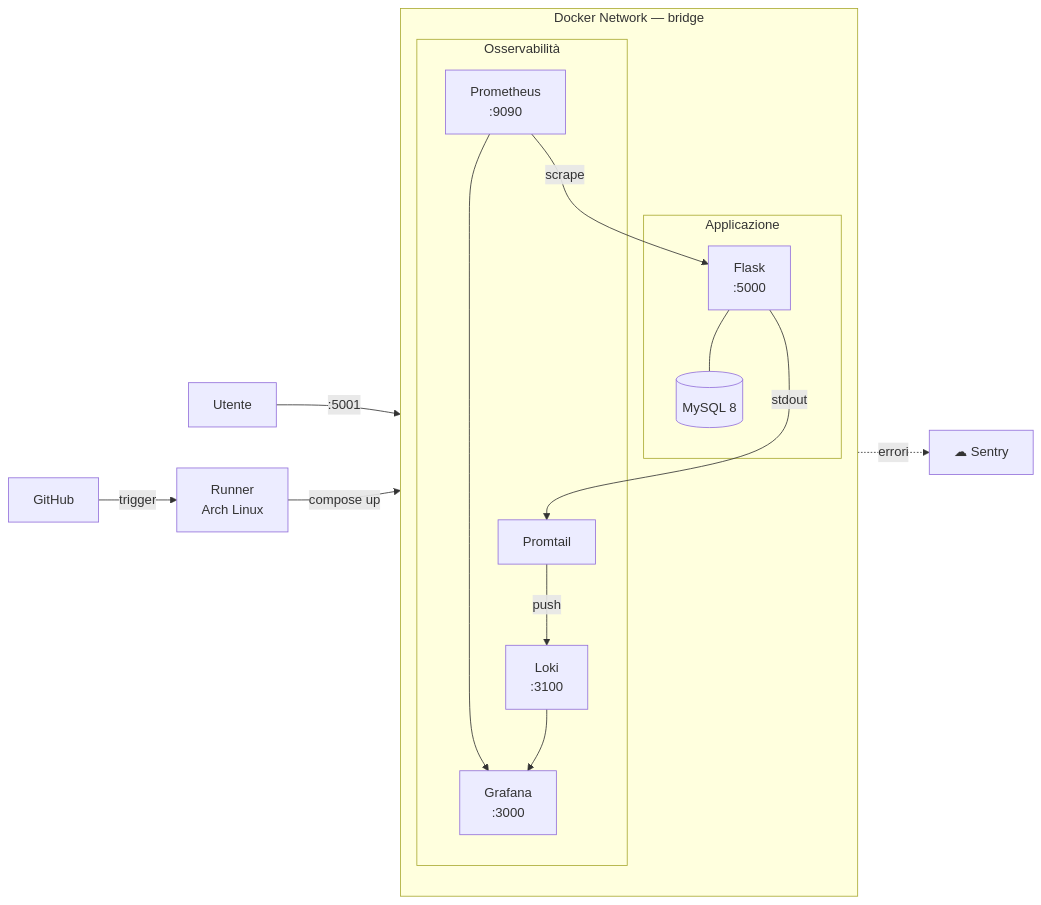
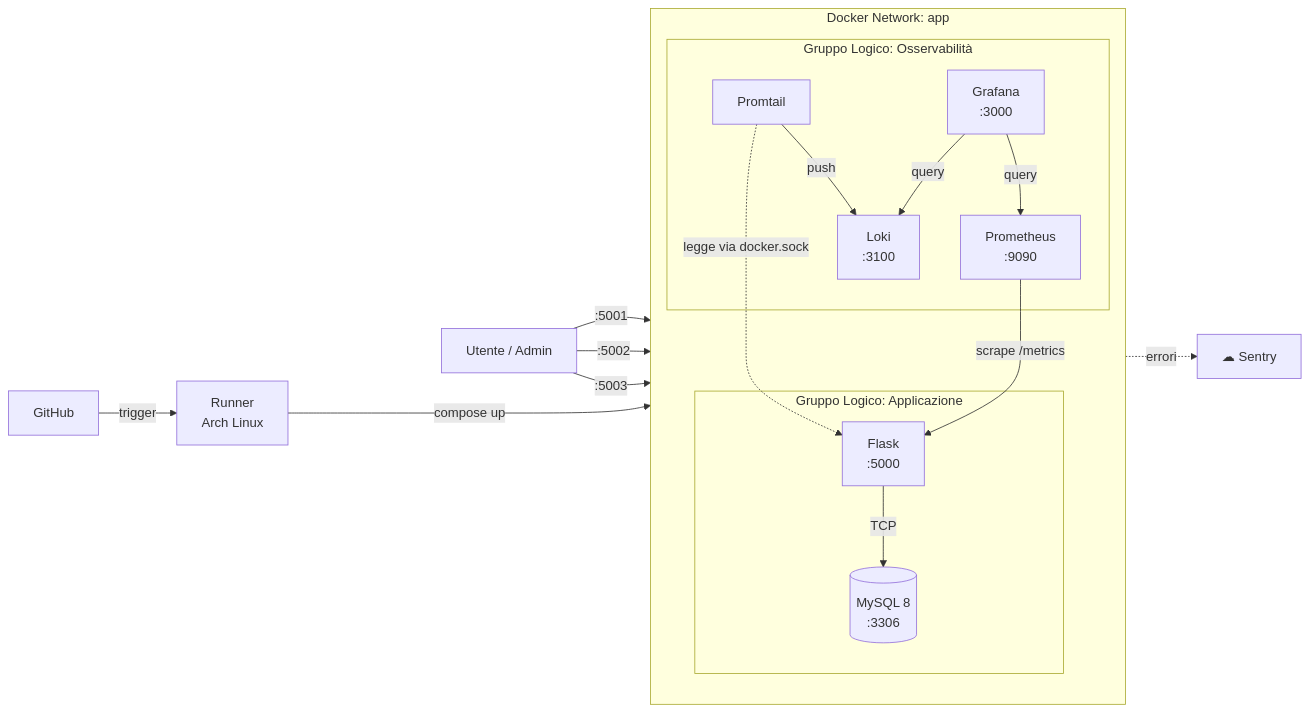
The diagram in presentation/slides.md (StefanoVidesott/link_shortner-fas), drawn with Mermaid before and after one commit. The commit also changed other lines of this file and 2 other files, not shown here.

````diff
--- a/presentation/slides.md
+++ b/presentation/slides.md
@@ -265,33 +313,44 @@
-```mermaid {scale: 0.53}
+```mermaid {scale: 0.52}
 graph LR
-    U["Utente"]
+    U["Utente / Admin"]
     GH["GitHub"]
     S["☁ Sentry"]
 
-    subgraph docker["Docker Network — bridge"]
+    subgraph docker["Docker Network: app"]
         direction TB
-        subgraph app["Applicazione"]
+
+        subgraph logic_app["Gruppo Logico: Applicazione"]
             F["Flask\n:5000"]
-            DB[("MySQL 8")]
+            DB[("MySQL 8\n:3306")]
         end
-        subgraph obs["Osservabilità"]
+
+        subgraph logic_obs["Gruppo Logico: Osservabilità"]
             P["Prometheus\n:9090"]
             PT["Promtail"]
             L["Loki\n:3100"]
             G["Grafana\n:3000"]
         end
     end
 
     R["Runner\nArch Linux"]
 
+    %% Connessioni Esterne
     U -->|":5001"| F
-    F --- DB
-    F --->|"stdout"| PT
+    U -->|":5002"| G
+    U -->|":5003"| P
+
+    %% Connessioni Database e Sentry
+    F -->|"TCP"| DB
     F -.->|"errori"| S
-    P -->|"scrape"| F
+
+    %% Connessioni di Osservabilità
+    P -->|"scrape /metrics"| F
+    PT -.->|"legge via docker.sock"| F
     PT -->|"push"| L
-    P --> G
-    L --> G
+    G -->|"query"| L
+    G -->|"query"| P
+
+    %% CI/CD
     GH -->|"trigger"| R
-    R -->|"compose up"| docker
+    R ---->|"compose up"| docker
 ```
````
